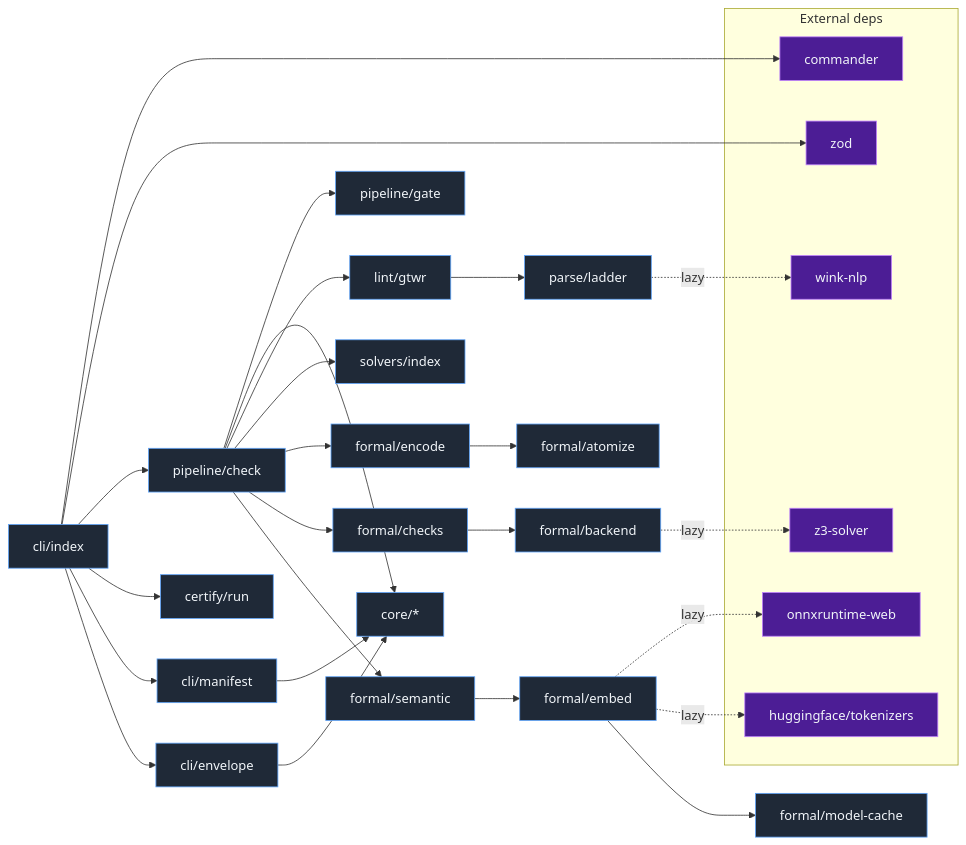
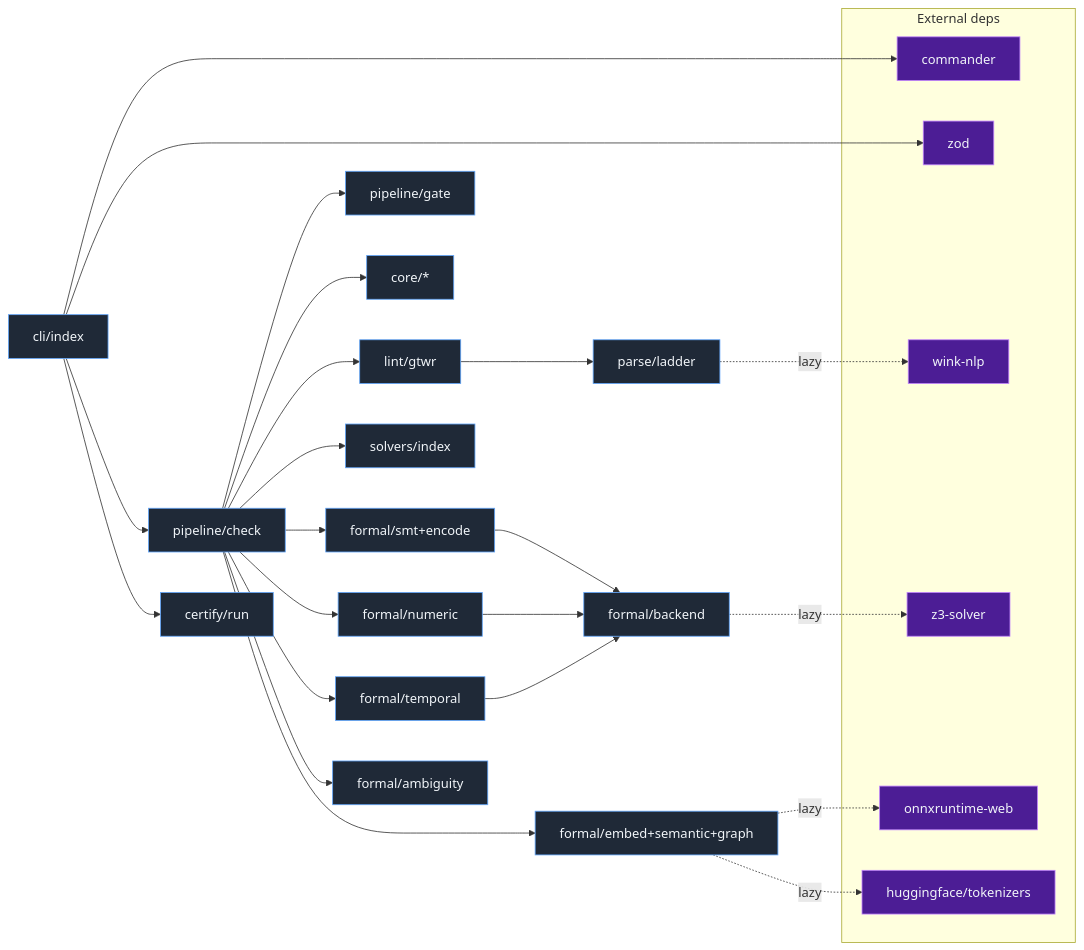
The diagram in docs/diagrams/structural/dependency-graph.md (theagenticguy/symspec), drawn with Mermaid before and after one commit. The commit also changed other lines of this file and 19 other files, not shown here.

````diff
--- a/docs/diagrams/structural/dependency-graph.md
+++ b/docs/diagrams/structural/dependency-graph.md
@@ -5,43 +5,40 @@
 ```mermaid
 flowchart LR
     subgraph ext[External deps]
         commander[commander]
         zod[zod]
         z3[z3-solver]
         onnx[onnxruntime-web]
         hf[huggingface/tokenizers]
         wink[wink-nlp]
     end
 
     cli[cli/index] --> commander
     cli --> zod
     cli --> check[pipeline/check]
     cli --> certify[certify/run]
-    cli --> manifest[cli/manifest]
-    cli --> envelope[cli/envelope]
 
     check --> gate[pipeline/gate]
     check --> core[core/*]
     check --> gtwr[lint/gtwr]
     check --> solvers[solvers/index]
-    check --> encode[formal/encode]
-    check --> formal[formal/checks]
-    check --> semantic[formal/semantic]
+    check --> smt[formal/smt+encode]
+    check --> numeric[formal/numeric]
+    check --> temporal[formal/temporal]
+    check --> ambiguity[formal/ambiguity]
+    check --> embed[formal/embed+semantic+graph]
 
-    formal --> backend[formal/backend]
+    smt --> backend[formal/backend]
+    numeric --> backend
+    temporal --> backend
     backend -.lazy.-> z3
-    encode --> atomize[formal/atomize]
     gtwr --> parse[parse/ladder]
     parse -.lazy.-> wink
-    semantic --> embed[formal/embed]
     embed -.lazy.-> onnx
     embed -.lazy.-> hf
-    embed --> modelcache[formal/model-cache]
-    envelope --> core
-    manifest --> core
 
     classDef internal fill:#1f2937,stroke:#60a5fa,color:#f1f5f9;
     classDef external fill:#4c1d95,stroke:#c084fc,color:#f1f5f9;
-    class cli,check,certify,manifest,envelope,gate,core,gtwr,solvers,encode,formal,semantic,backend,atomize,parse,embed,modelcache internal;
+    class cli,check,certify,gate,core,gtwr,solvers,smt,numeric,temporal,ambiguity,embed,backend,parse internal;
     class commander,zod,z3,onnx,hf,wink external;
 ```
````
